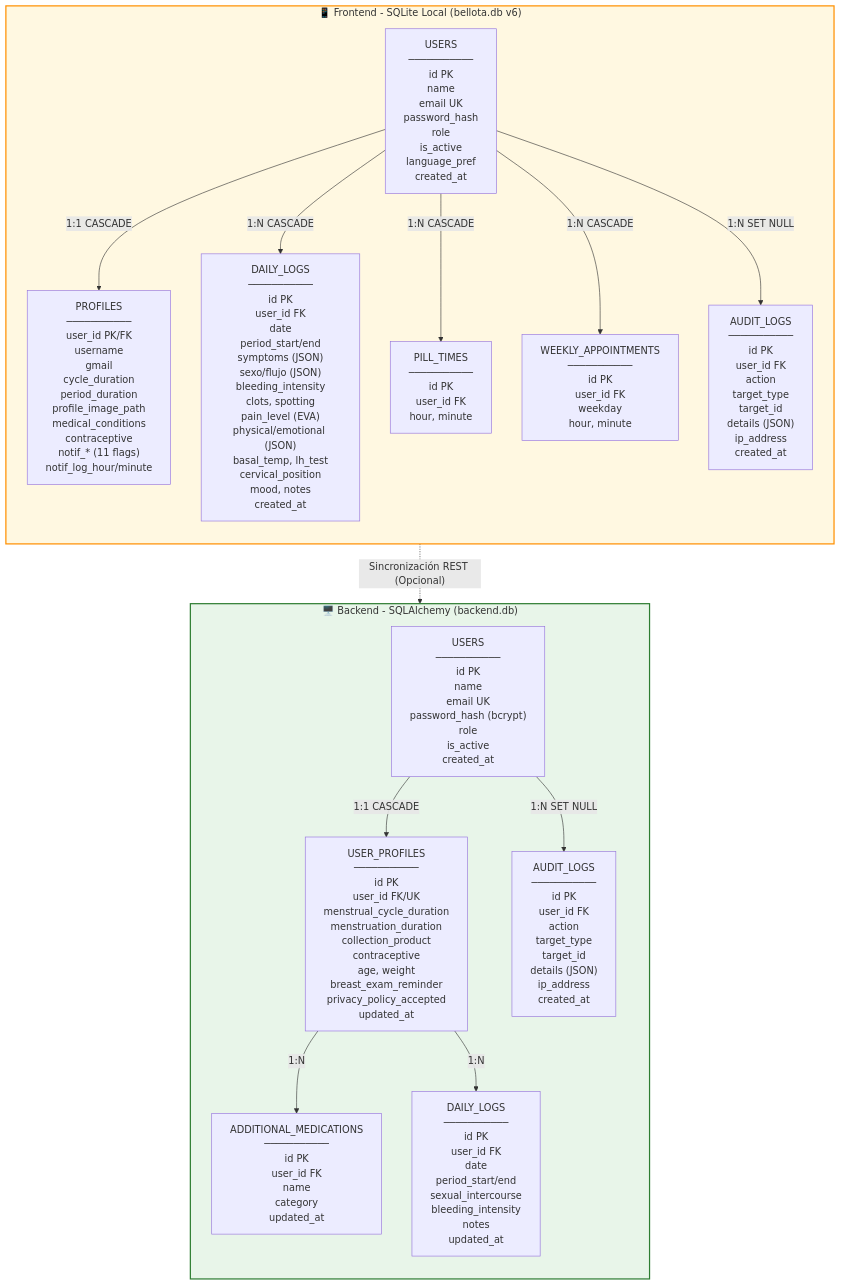
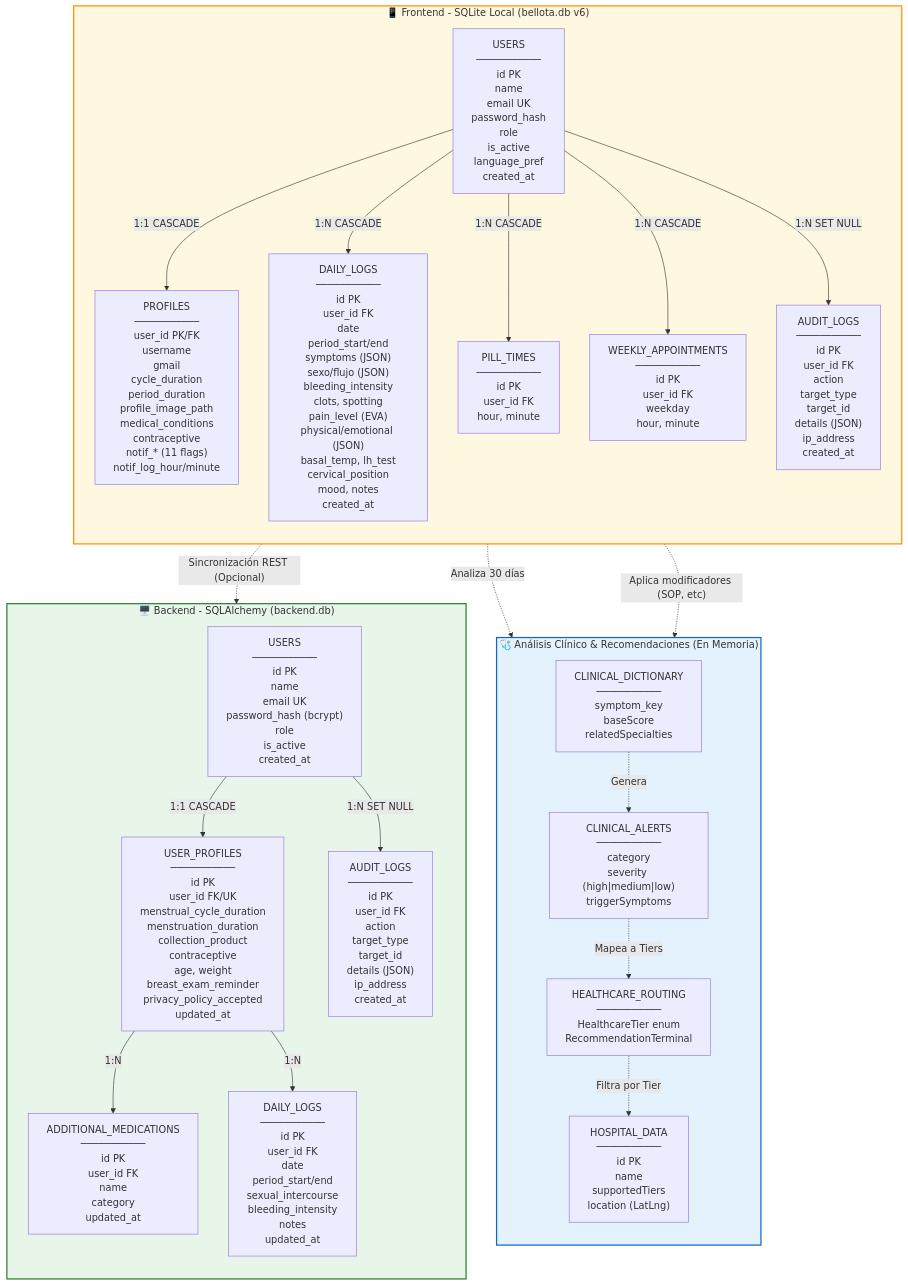
One commit to Jossmart28/Bellota-App changed the third of 4 diagrams in README.md. Above: the diagram before and after it, drawn with Mermaid. The commit also changed other lines of this file and 4 other files, not shown here.

````diff
--- a/README.md
+++ b/README.md
@@ -370,37 +374,51 @@
 ```mermaid
 graph TB
     subgraph FRONTEND["📱 Frontend - SQLite Local (bellota.db v6)"]
         direction TB
         FU["USERS<br/>───────────<br/>id PK<br/>name<br/>email UK<br/>password_hash<br/>role<br/>is_active<br/>language_pref<br/>created_at"]
         FP["PROFILES<br/>───────────<br/>user_id PK/FK<br/>username<br/>gmail<br/>cycle_duration<br/>period_duration<br/>profile_image_path<br/>medical_conditions<br/>contraceptive<br/>notif_* (11 flags)<br/>notif_log_hour/minute"]
         FDL["DAILY_LOGS<br/>───────────<br/>id PK<br/>user_id FK<br/>date<br/>period_start/end<br/>symptoms (JSON)<br/>sexo/flujo (JSON)<br/>bleeding_intensity<br/>clots, spotting<br/>pain_level (EVA)<br/>physical/emotional (JSON)<br/>basal_temp, lh_test<br/>cervical_position<br/>mood, notes<br/>created_at"]
         FPT["PILL_TIMES<br/>───────────<br/>id PK<br/>user_id FK<br/>hour, minute"]
         FWA["WEEKLY_APPOINTMENTS<br/>───────────<br/>id PK<br/>user_id FK<br/>weekday<br/>hour, minute"]
         FAL["AUDIT_LOGS<br/>───────────<br/>id PK<br/>user_id FK<br/>action<br/>target_type<br/>target_id<br/>details (JSON)<br/>ip_address<br/>created_at"]
 
         FU -- "1:1 CASCADE" --> FP
         FU -- "1:N CASCADE" --> FDL
         FU -- "1:N CASCADE" --> FPT
         FU -- "1:N CASCADE" --> FWA
         FU -- "1:N SET NULL" --> FAL
     end
 
+    subgraph CLINICAL["🩺 Análisis Clínico & Recomendaciones (En Memoria)"]
+        direction TB
+        CD["CLINICAL_DICTIONARY<br/>───────────<br/>symptom_key<br/>baseScore<br/>relatedSpecialties"]
+        CA["CLINICAL_ALERTS<br/>───────────<br/>category<br/>severity (high|medium|low)<br/>triggerSymptoms"]
+        HR["HEALTHCARE_ROUTING<br/>───────────<br/>HealthcareTier enum<br/>RecommendationTerminal"]
+        HC["HOSPITAL_DATA<br/>───────────<br/>id PK<br/>name<br/>supportedTiers<br/>location (LatLng)"]
+
+        CD -. "Genera" .-> CA
+        CA -. "Mapea a Tiers" .-> HR
+        HR -. "Filtra por Tier" .-> HC
+    end
     subgraph BACKEND["🖥️ Backend - SQLAlchemy (backend.db)"]
         direction TB
         BU["USERS<br/>───────────<br/>id PK<br/>name<br/>email UK<br/>password_hash (bcrypt)<br/>role<br/>is_active<br/>created_at"]
         BUP["USER_PROFILES<br/>───────────<br/>id PK<br/>user_id FK/UK<br/>menstrual_cycle_duration<br/>menstruation_duration<br/>collection_product<br/>contraceptive<br/>age, weight<br/>breast_exam_reminder<br/>privacy_policy_accepted<br/>updated_at"]
         BAL["AUDIT_LOGS<br/>───────────<br/>id PK<br/>user_id FK<br/>action<br/>target_type<br/>target_id<br/>details (JSON)<br/>ip_address<br/>created_at"]
         BAM["ADDITIONAL_MEDICATIONS<br/>───────────<br/>id PK<br/>user_id FK<br/>name<br/>category<br/>updated_at"]
         BDL["DAILY_LOGS<br/>───────────<br/>id PK<br/>user_id FK<br/>date<br/>period_start/end<br/>sexual_intercourse<br/>bleeding_intensity<br/>notes<br/>updated_at"]
 
         BU -- "1:1 CASCADE" --> BUP
         BU -- "1:N SET NULL" --> BAL
         BUP -- "1:N" --> BAM
         BUP -- "1:N" --> BDL
     end
 
     FRONTEND -. "Sincronización REST (Opcional)" .-> BACKEND
+    FDL -. "Analiza 30 días" .-> CA
+    FP -. "Aplica modificadores (SOP, etc)" .-> CD
 
     style FRONTEND fill:#FFF8E1,stroke:#FF8F00,stroke-width:2px
     style BACKEND fill:#E8F5E9,stroke:#2E7D32,stroke-width:2px
+    style CLINICAL fill:#E3F2FD,stroke:#1565C0,stroke-width:2px
 ```
````
